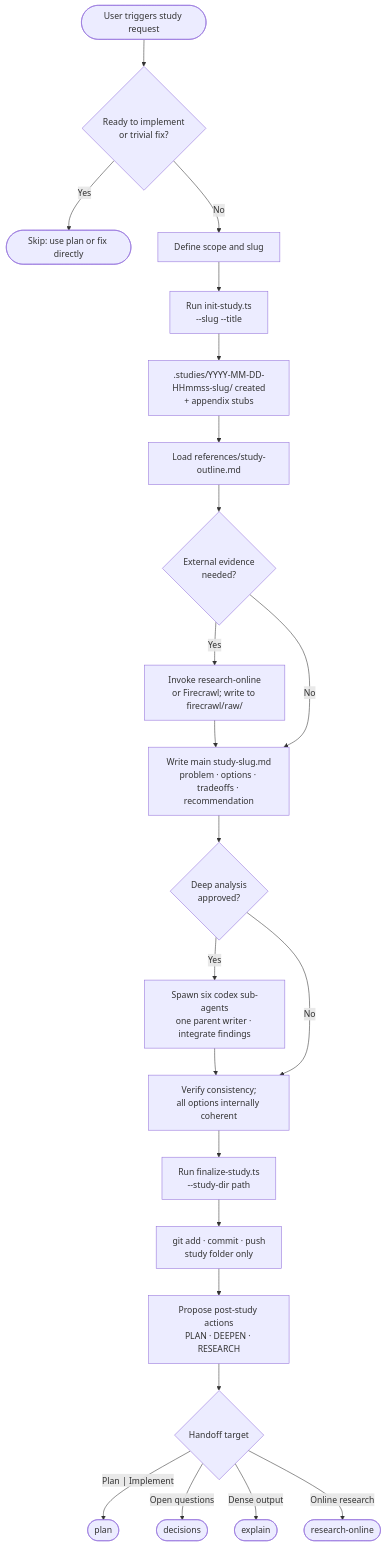
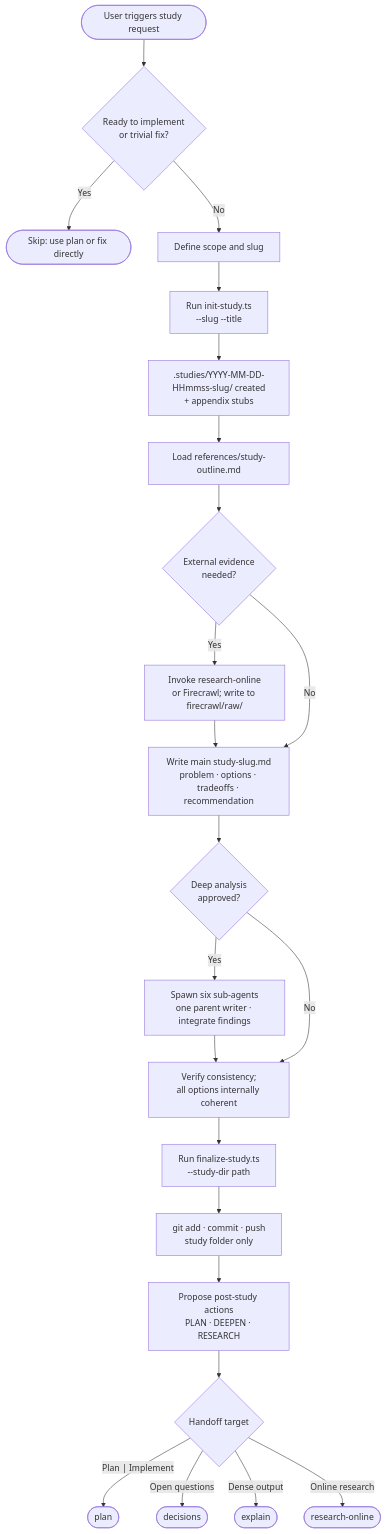
The diagram in README.md (gg-skills/study), drawn with Mermaid before and after one commit. The commit also changed other lines of this file and 1 other file, not shown here.

````diff
--- a/README.md
+++ b/README.md
@@ -98,25 +98,25 @@
 ```mermaid
 flowchart TD
     A([User triggers study request]) --> B{Ready to implement\nor trivial fix?}
     B -- Yes --> Z([Skip: use plan or fix directly])
     B -- No --> C[Define scope and slug]
     C --> D[Run init-study.ts\n--slug --title]
     D --> E[".studies/YYYY-MM-DD-HHmmss-slug/ created\n+ appendix stubs"]
     E --> F[Load references/study-outline.md]
     F --> G{External evidence\nneeded?}
     G -- Yes --> H[Invoke research-online\nor Firecrawl; write to firecrawl/raw/]
     H --> I[Write main study-slug.md\nproblem · options · tradeoffs · recommendation]
     G -- No --> I
     I --> J{Deep analysis\napproved?}
-    J -- Yes --> K[Spawn six codex sub-agents\none parent writer · integrate findings]
+    J -- Yes --> K[Spawn six sub-agents\none parent writer · integrate findings]
     K --> L[Verify consistency;\nall options internally coherent]
     J -- No --> L
     L --> M[Run finalize-study.ts\n--study-dir path]
     M --> N[git add · commit · push\nstudy folder only]
     N --> O[Propose post-study actions\nPLAN · DEEPEN · RESEARCH]
     O --> P{Handoff target}
     P -- Plan | Implement --> Q([plan])
     P -- Open questions --> R([decisions])
     P -- Dense output --> S([explain])
     P -- Online research --> T([research-online])
 ```
````
